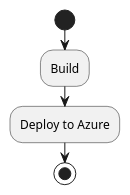
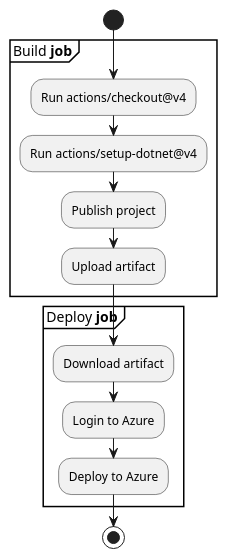
One commit to ITU-BDSA2024-GROUP17/Chirp changed the diagram in docs/diagrams/deploy-workflow.pu. Above: the diagram before and after it, drawn with PlantUML. The commit also changed 2 other files, not shown here.

Commit message:
Update diagrams

```diff
--- a/docs/diagrams/deploy-workflow.pu
+++ b/docs/diagrams/deploy-workflow.pu
@@ -1,6 +1,15 @@
 @startuml deploy-workflow
 start
-:Build;
-:Deploy to Azure;
+partition Build **job** {
+    :Run actions/checkout@v4;
+    :Run actions/setup-dotnet@v4;
+    :Publish project;
+    :Upload artifact;
+}
+partition Deploy **job** {
+    :Download artifact;
+    :Login to Azure;
+    :Deploy to Azure;
+}
 stop
 @enduml
```
